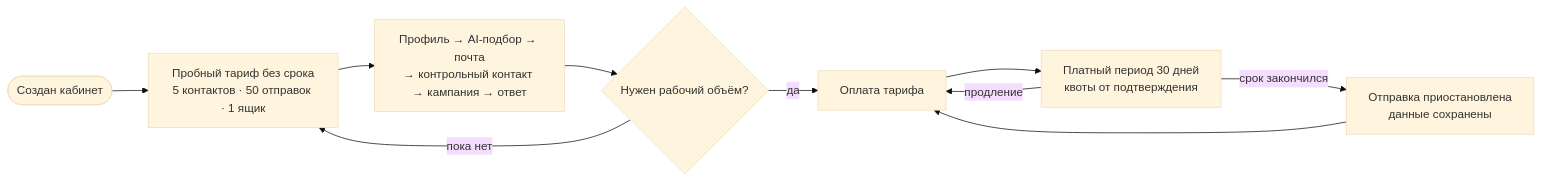
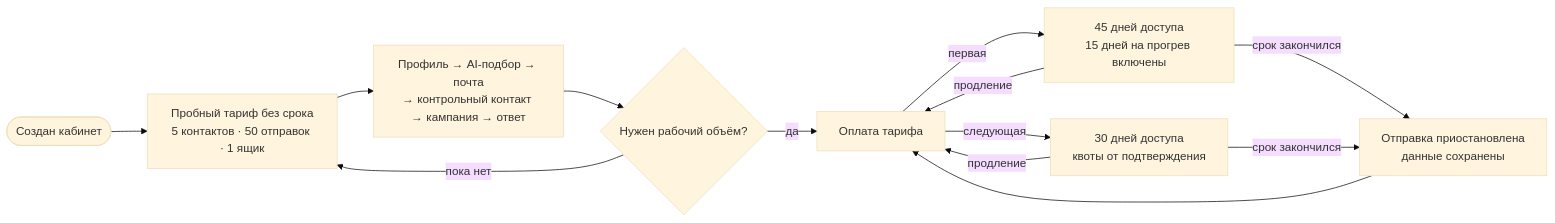
Before and after one commit to Egorizzz/smailee: the diagram in docs/diagrams/billing.md, drawn with Mermaid (base theme). The commit also changed other lines of this file and 7 other files, not shown here.

Commit message:
feat(billing): include warmup time in first payment

````diff
--- a/docs/diagrams/billing.md
+++ b/docs/diagrams/billing.md
@@ -9,12 +9,15 @@
 ```mermaid
 flowchart LR
   Create([Создан кабинет]) --> Trial[Пробный тариф без срока<br/>5 контактов · 50 отправок · 1 ящик]
   Trial --> Journey[Профиль → AI-подбор → почта<br/>→ контрольный контакт → кампания → ответ]
   Journey --> Choice{Нужен рабочий объём?}
   Choice -->|да| Payment[Оплата тарифа]
-  Payment --> Paid[Платный период 30 дней<br/>квоты от подтверждения]
+  Payment -->|первая| FirstPaid[45 дней доступа<br/>15 дней на прогрев включены]
+  Payment -->|следующая| Paid[30 дней доступа<br/>квоты от подтверждения]
+  FirstPaid -->|продление| Payment
+  FirstPaid -->|срок закончился| Frozen
   Paid -->|продление| Payment
   Paid -->|срок закончился| Frozen[Отправка приостановлена<br/>данные сохранены]
   Frozen --> Payment
   Choice -->|пока нет| Trial
 ```
````
